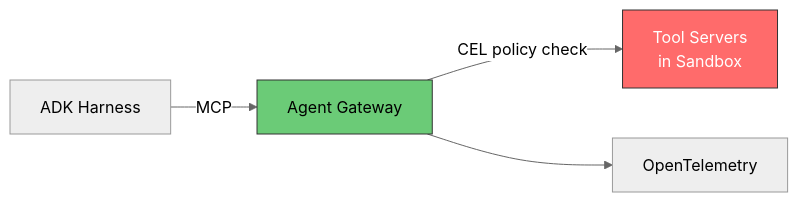
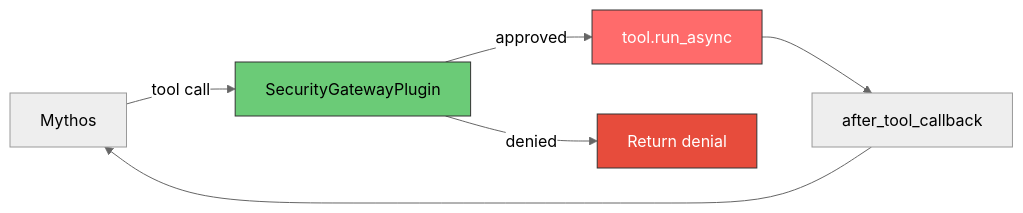
The seventh of 8 diagrams in agentic-harness/HARNESS-DESIGN.md (prashantkul/anthropic-mythos-on-gcp), drawn with Mermaid (neutral theme) before and after one commit. The commit also changed other lines of this file and 2 other files, not shown here.

First line of the commit message:
Clarify Ring 6: SecurityGatewayPlugin for local tools, Agent Gateway for future MCP

````diff
--- a/agentic-harness/HARNESS-DESIGN.md
+++ b/agentic-harness/HARNESS-DESIGN.md
@@ -820,9 +824,12 @@
 ```mermaid
 graph LR
-    ADK[ADK Harness] -->|MCP| AGW[Agent Gateway]
-    AGW -->|CEL policy check| TOOLS[Tool Servers\nin Sandbox]
-    AGW --> OTEL[OpenTelemetry]
+    M[Mythos] -->|tool call| P[SecurityGatewayPlugin]
+    P -->|approved| T[tool.run_async]
+    P -->|denied| D[Return denial]
+    T --> P2[after_tool_callback]
+    P2 --> M
 
-    style AGW fill:#6bcb77,stroke:#333
-    style TOOLS fill:#ff6b6b,stroke:#333,color:#fff
+    style P fill:#6bcb77,stroke:#333
+    style T fill:#ff6b6b,stroke:#333,color:#fff
+    style D fill:#e74c3c,stroke:#333,color:#fff
 ```
````
